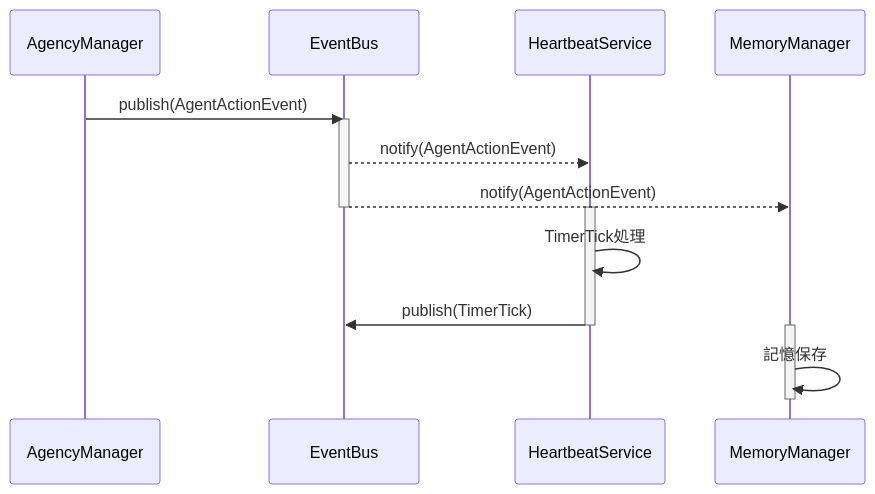
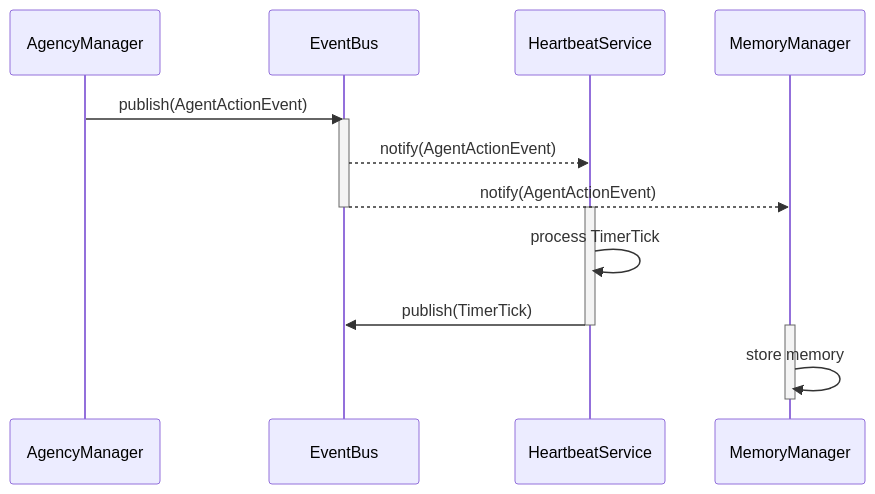
Before and after one commit to ibukani/iris-mind: the second of 2 diagrams in .agents/skills/iris-visualize/SKILL.md, drawn with Mermaid. The commit also changed other lines of this file and 38 other files, not shown here.

````diff
--- a/.agents/skills/iris-visualize/SKILL.md
+++ b/.agents/skills/iris-visualize/SKILL.md
@@ -96,22 +106,22 @@
 ```mermaid
 sequenceDiagram
     participant A as AgencyManager
     participant E as EventBus
     participant H as HeartbeatService
     participant M as MemoryManager
 
     A->>E: publish(AgentActionEvent)
     activate E
     E-->>H: notify(AgentActionEvent)
     E-->>M: notify(AgentActionEvent)
     deactivate E
 
     activate H
-    H->>H: TimerTick処理
+    H->>H: process TimerTick
     H->>E: publish(TimerTick)
     deactivate H
 
     activate M
-    M->>M: 記憶保存
+    M->>M: store memory
     deactivate M
 ```
````
